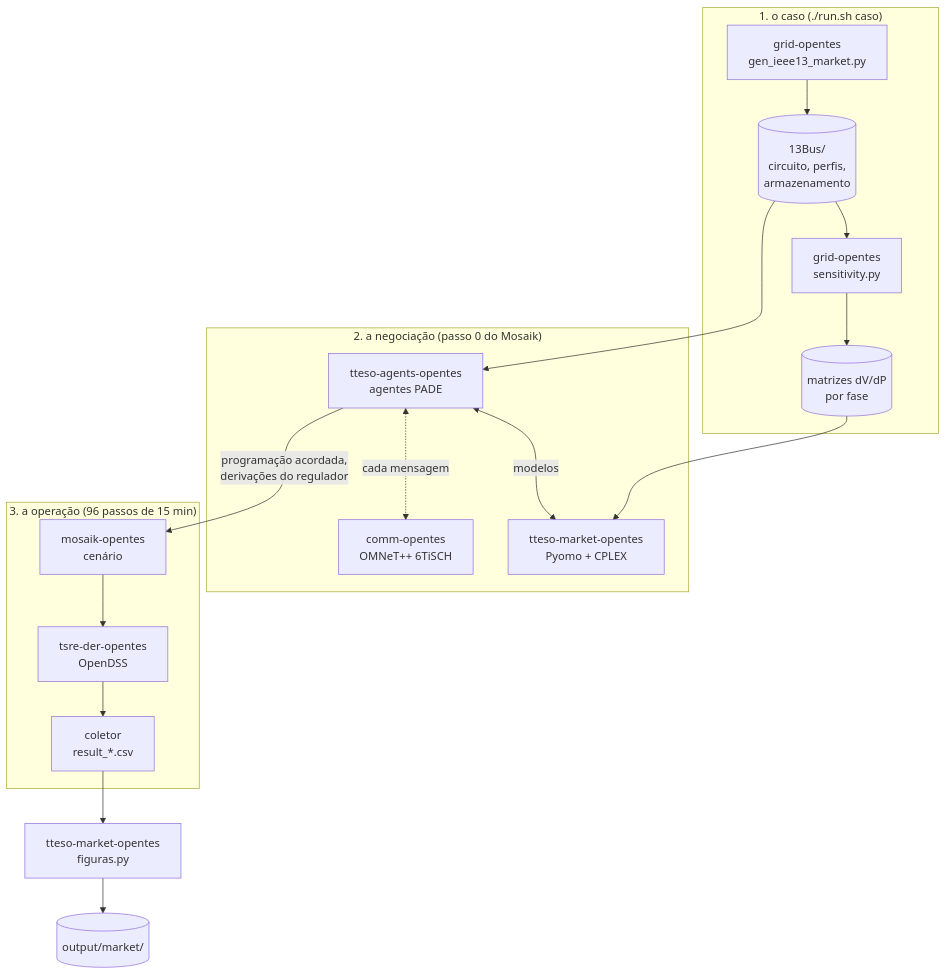
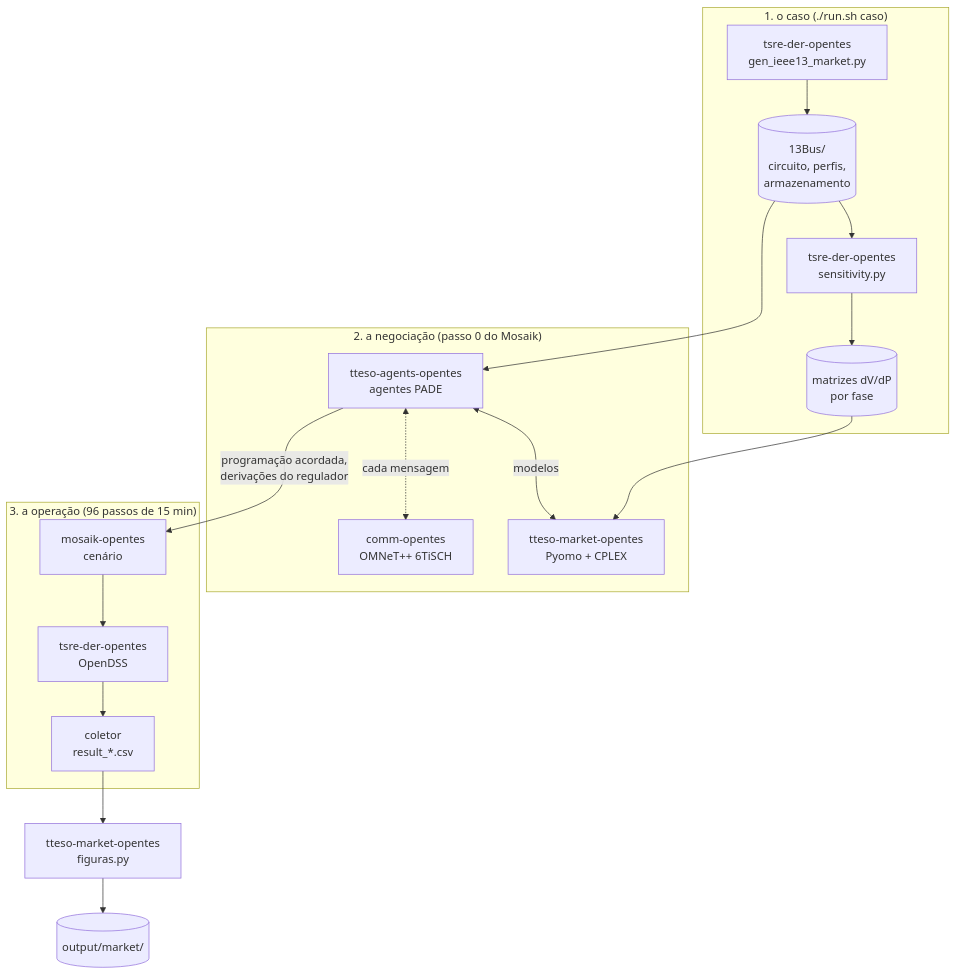
Before and after one commit to grei-ufc/co-simulation-opentes: the diagram in README.md, drawn with Mermaid. The commit also changed other lines of this file and 20 other files, not shown here.

````diff
--- a/README.md
+++ b/README.md
@@ -14,18 +14,18 @@
 ```mermaid
 flowchart TB
     subgraph prep["1. o caso (./run.sh caso)"]
-        G[grid-opentes<br/>gen_ieee13_market.py] --> D[(13Bus/<br/>circuito, perfis,<br/>armazenamento)]
-        D --> S[grid-opentes<br/>sensitivity.py] --> Mx[(matrizes dV/dP<br/>por fase)]
+        G[tsre-der-opentes<br/>gen_ieee13_market.py] --> D[(13Bus/<br/>circuito, perfis,<br/>armazenamento)]
+        D --> S[tsre-der-opentes<br/>sensitivity.py] --> Mx[(matrizes dV/dP<br/>por fase)]
     end
     subgraph neg["2. a negociação (passo 0 do Mosaik)"]
         A[tteso-agents-opentes<br/>agentes PADE] <-- modelos --> L[tteso-market-opentes<br/>Pyomo + CPLEX]
         A <-. cada mensagem .-> C[comm-opentes<br/>OMNeT++ 6TiSCH]
     end
     subgraph op["3. a operação (96 passos de 15 min)"]
         K[mosaik-opentes<br/>cenário] --> O[tsre-der-opentes<br/>OpenDSS] --> R[coletor<br/>result_*.csv]
     end
     D --> A
     Mx --> L
     A -- programação acordada,<br/>derivações do regulador --> K
     R --> F[tteso-market-opentes<br/>figuras.py] --> Out[(output/market/)]
 ```
````
